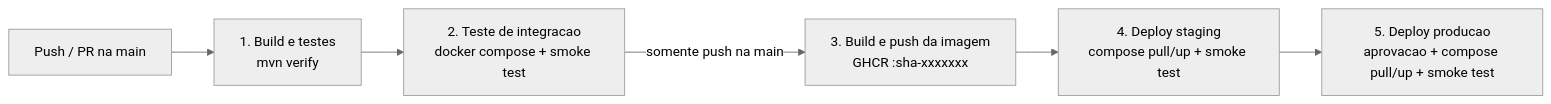
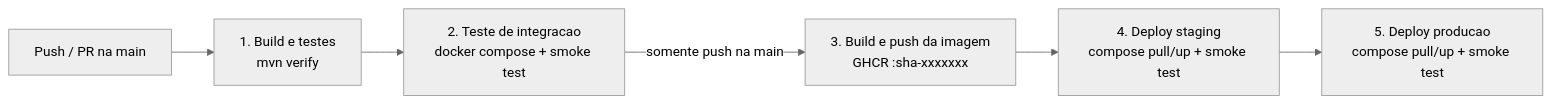
One commit to PauloOliver12/Projeto-ESG-DevOps changed the diagram in README.md. Above: the diagram before and after it, drawn with Mermaid (neutral theme). The commit also changed other lines of this file and 45 other files, not shown here.

````diff
--- a/README.md
+++ b/README.md
@@ -160,8 +160,8 @@
 ```mermaid
 flowchart LR
     A[Push / PR na main] --> B[1. Build e testes<br/>mvn verify]
     B --> C[2. Teste de integracao<br/>docker compose + smoke test]
     C -->|somente push na main| D[3. Build e push da imagem<br/>GHCR :sha-xxxxxxx]
     D --> E[4. Deploy staging<br/>compose pull/up + smoke test]
-    E --> F[5. Deploy producao<br/>aprovacao + compose pull/up + smoke test]
+    E --> F[5. Deploy producao<br/>compose pull/up + smoke test]
 ```
````
